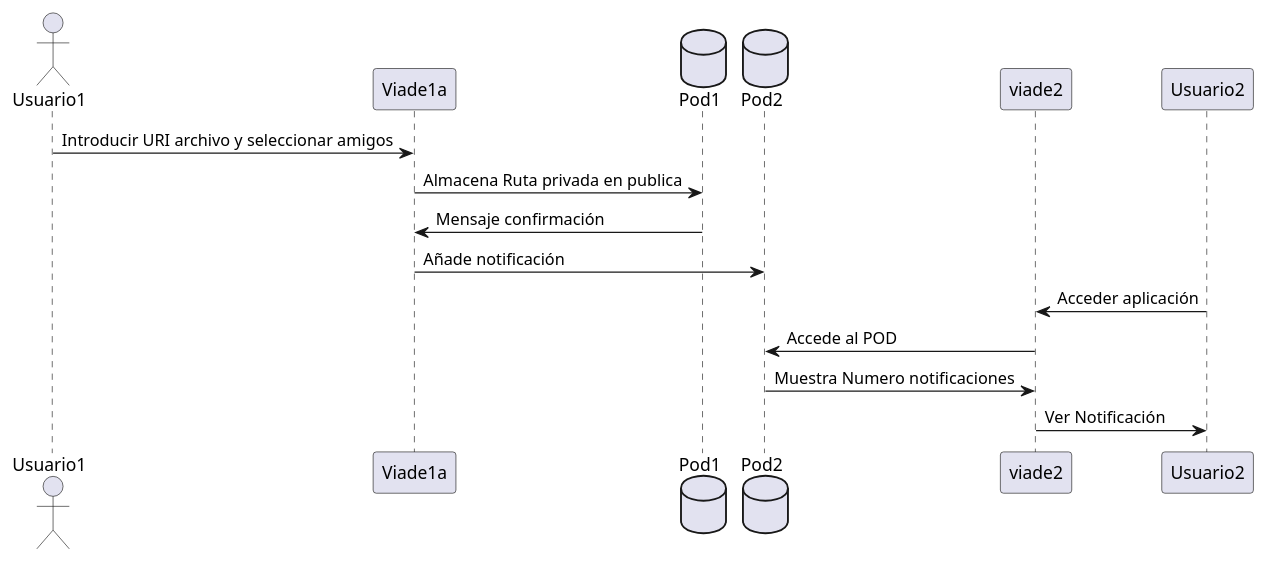
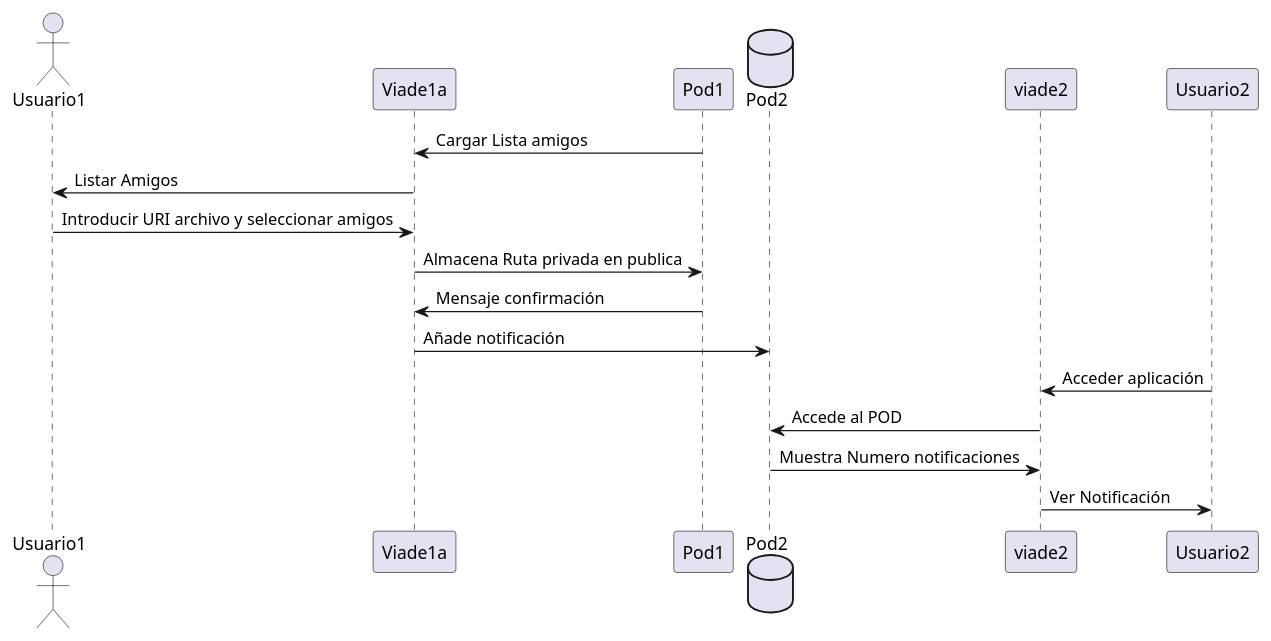
Before and after one commit to Arquisoft/viade_es1a: the fourth of 4 diagrams in src/docs/06_runtime_view.adoc, drawn with PlantUML. The commit also changed other lines of this file, not shown here.

Commit message:
diagramas mejorados 6

```diff
--- a/src/docs/06_runtime_view.adoc
+++ b/src/docs/06_runtime_view.adoc
@@ -55,23 +56,23 @@
 [plantuml,compartir arhivos,png]
 ----
-@startuml
-
 actor Usuario1
 
+Pod1 -> Viade1a :Cargar Lista amigos
+Viade1a -> Usuario1:Listar Amigos
 Usuario1 -> Viade1a:Introducir URI archivo y seleccionar amigos
 database Pod1
 
 Viade1a -> Pod1:Almacena Ruta privada en publica
 Pod1 -> Viade1a:Mensaje confirmación
 
 database Pod2
 Viade1a -> Pod2:Añade notificación
 viade2 <- Usuario2: Acceder aplicación
 Pod2 <- viade2:Accede al POD
 
 viade2 <- Pod2: Muestra Numero notificaciones
 actor Usuario2
 viade2 -> Usuario2: Ver Notificación
 
 @enduml
 ----
```
